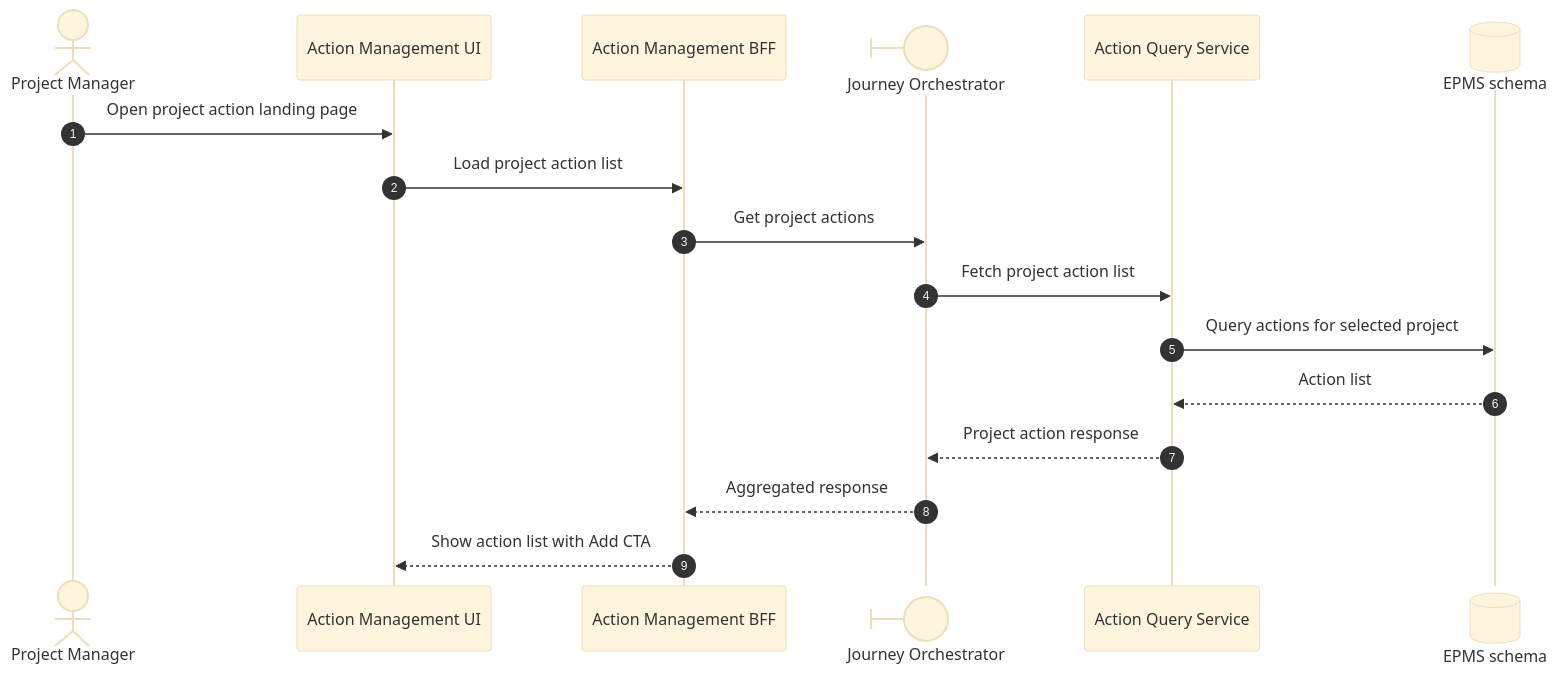
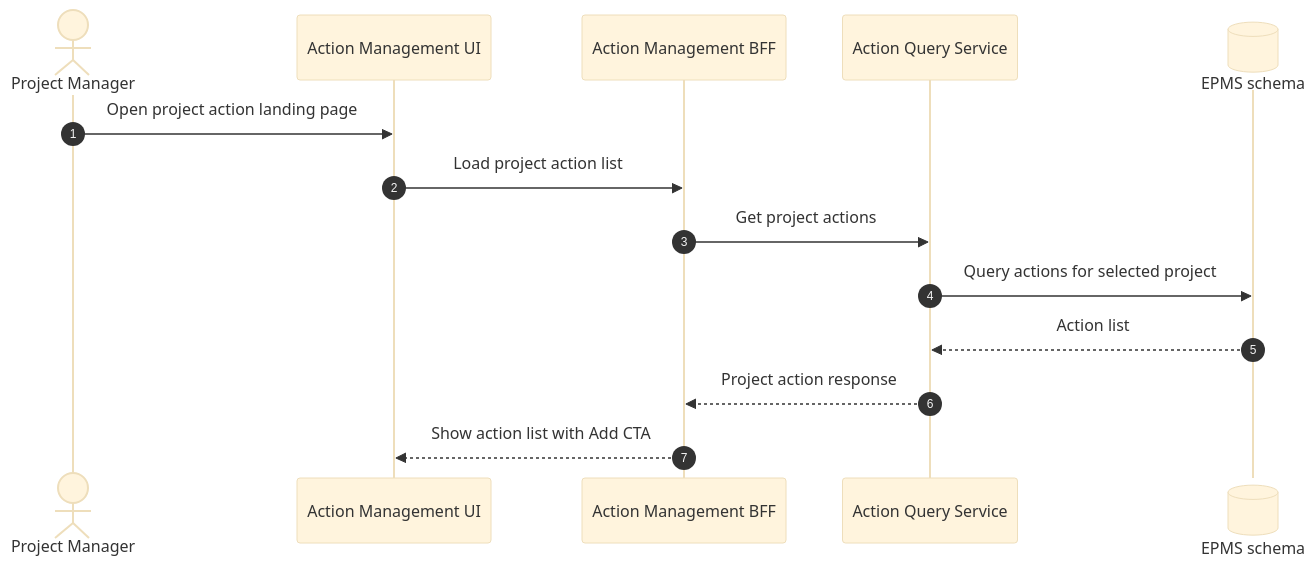
Before and after one commit to sougata2000/epms: the diagram in 02 Solution Architecture/diagrams/Execution/view Project action List.mmd, drawn with Mermaid. The commit also changed 41 other files, not shown here.

```diff
--- a/02 Solution Architecture/diagrams/Execution/view Project action List.mmd
+++ b/02 Solution Architecture/diagrams/Execution/view Project action List.mmd
@@ -1,25 +1,25 @@
 ---
 config:
   sequence: {}
   theme: base
 ---
 %%{init: {'flowchart': {'compactMode': true}}}%%
 sequenceDiagram
 autonumber
 actor PM as Project Manager
 
 participant UI as Action Management UI
 participant BFF as Action Management BFF
-participant ORCH@{ "type":"boundary", "alias":"Journey Orchestrator"}
+%%participant ORCH@{ "type":"boundary", "alias":"Journey Orchestrator"}
 participant QUERY as Action Query Service
 participant READDB@{ "type": "database", "alias": "EPMS schema"}
 
 PM->>UI: Open project action landing page
 UI->>BFF: Load project action list
-BFF->>ORCH: Get project actions
-ORCH->>QUERY: Fetch project action list
+BFF->>QUERY: Get project actions
+%%ORCH->>QUERY: Fetch project action list
 QUERY->>READDB: Query actions for selected project
 READDB-->>QUERY: Action list
-QUERY-->>ORCH: Project action response
-ORCH-->>BFF: Aggregated response
+QUERY-->>BFF: Project action response
+%%ORCH-->>BFF: Aggregated response
 BFF-->>UI: Show action list with Add CTA
```
